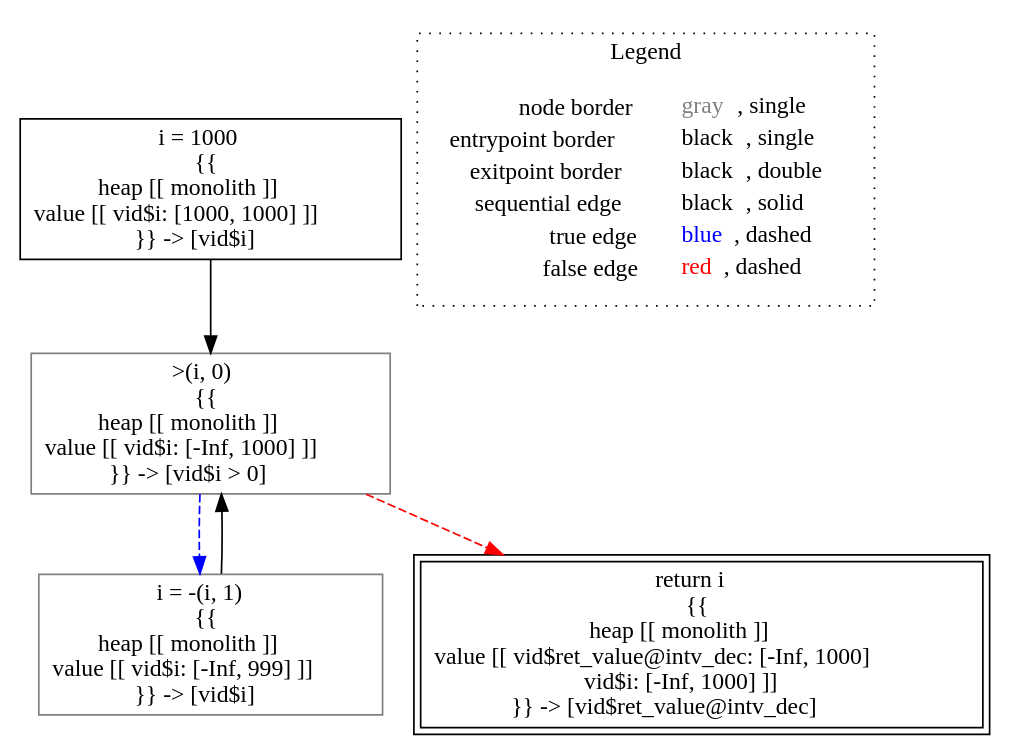
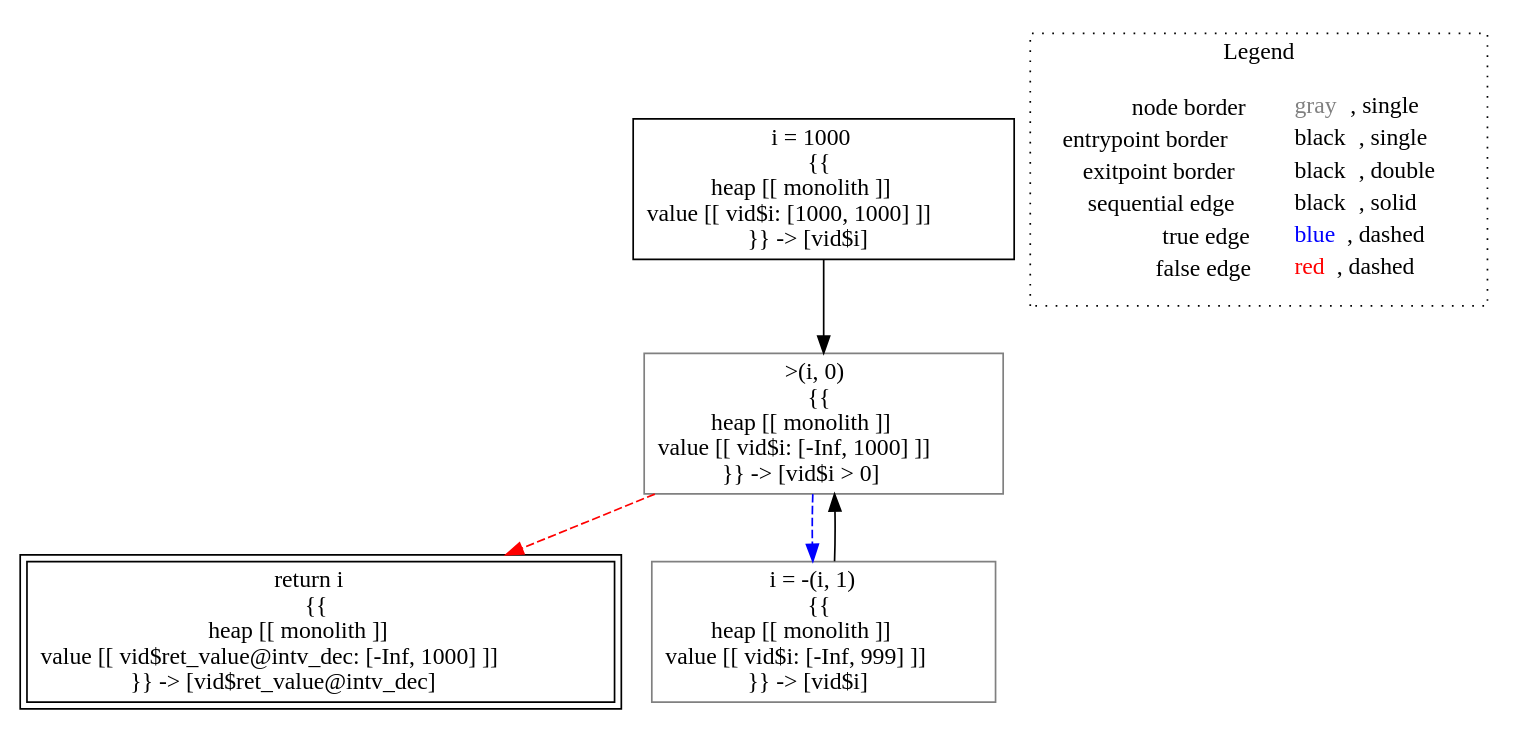
The diagram in lisa/imp-testcases/numeric/interval/analysis___untyped_tutorial.intv_dec().dot (lisa-analyzer/lisa), drawn with Graphviz before and after one commit. The commit also changed 57 other files, not shown here.

```diff
--- a/lisa/imp-testcases/numeric/interval/analysis___untyped_tutorial.intv_dec().dot
+++ b/lisa/imp-testcases/numeric/interval/analysis___untyped_tutorial.intv_dec().dot
@@ -1,17 +1,17 @@
 digraph {
 	"node0" [shape="rect",color="black",label=<i = 1000<BR/>{{<BR/>heap [[ monolith ]]<BR/>value [[ vid$i: [1000, 1000] ]]<BR/>}} -&gt; [vid$i]>];
-	"node1" [shape="rect",color="gray",label=<i = -(i, 1)<BR/>{{<BR/>heap [[ monolith ]]<BR/>value [[ vid$i: [-Inf, 999] ]]<BR/>}} -&gt; [vid$i]>];
-	"node2" [shape="rect",color="black",peripheries="2",label=<return i<BR/>{{<BR/>heap [[ monolith ]]<BR/>value [[ vid$ret_value@intv_dec: [-Inf, 1000]<BR/>vid$i: [-Inf, 1000] ]]<BR/>}} -&gt; [vid$ret_value@intv_dec]>];
-	"node3" [shape="rect",color="gray",label=<&gt;(i, 0)<BR/>{{<BR/>heap [[ monolith ]]<BR/>value [[ vid$i: [-Inf, 1000] ]]<BR/>}} -&gt; [vid$i &gt; 0]>];
-	"node1" -> "node3" [color="black"];
-	"node0" -> "node3" [color="black"];
-	"node3" -> "node1" [color="blue",style="dashed"];
-	"node3" -> "node2" [color="red",style="dashed"];
+	"node1" [shape="rect",color="gray",label=<&gt;(i, 0)<BR/>{{<BR/>heap [[ monolith ]]<BR/>value [[ vid$i: [-Inf, 1000] ]]<BR/>}} -&gt; [vid$i &gt; 0]>];
+	"node2" [shape="rect",color="black",peripheries="2",label=<return i<BR/>{{<BR/>heap [[ monolith ]]<BR/>value [[ vid$ret_value@intv_dec: [-Inf, 1000] ]]<BR/>}} -&gt; [vid$ret_value@intv_dec]>];
+	"node3" [shape="rect",color="gray",label=<i = -(i, 1)<BR/>{{<BR/>heap [[ monolith ]]<BR/>value [[ vid$i: [-Inf, 999] ]]<BR/>}} -&gt; [vid$i]>];
+	"node0" -> "node1" [color="black"];
+	"node1" -> "node2" [color="red",style="dashed"];
+	"node1" -> "node3" [color="blue",style="dashed"];
+	"node3" -> "node1" [color="black"];
 subgraph cluster_legend {
 	label="Legend";
 	style=dotted;
 	node [shape=plaintext];
 	"legend" [label=<<table border="0" cellpadding="2" cellspacing="0" cellborder="0"><tr><td align="right">node border&nbsp;</td><td align="left"><font color="gray">gray</font>, single</td></tr><tr><td align="right">entrypoint border&nbsp;</td><td align="left"><font color="black">black</font>, single</td></tr><tr><td align="right">exitpoint border&nbsp;</td><td align="left"><font color="black">black</font>, double</td></tr><tr><td align="right">sequential edge&nbsp;</td><td align="left"><font color="black">black</font>, solid</td></tr><tr><td align="right">true edge&nbsp;</td><td align="left"><font color="blue">blue</font>, dashed</td></tr><tr><td align="right">false edge&nbsp;</td><td align="left"><font color="red">red</font>, dashed</td></tr></table>>];
 }
 
 }
```
